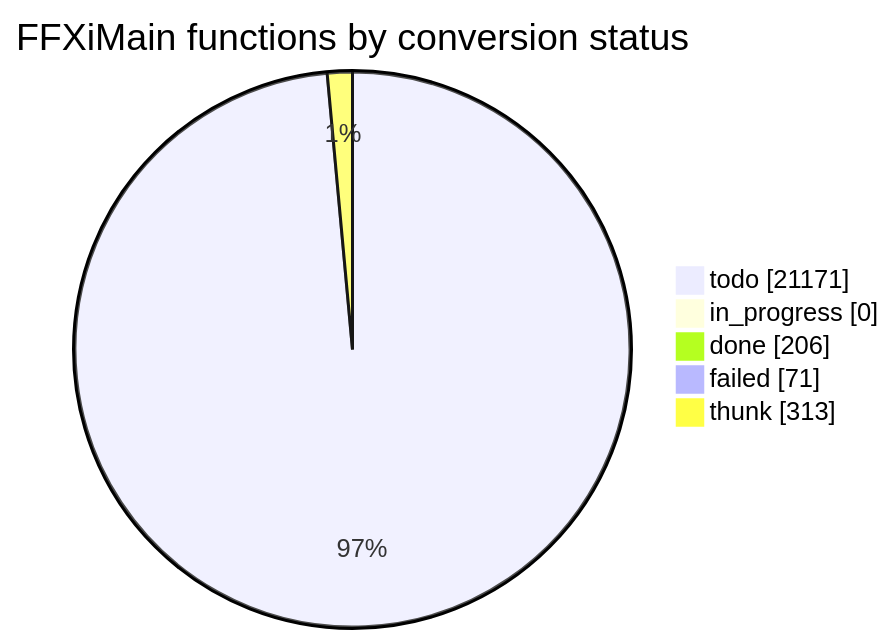
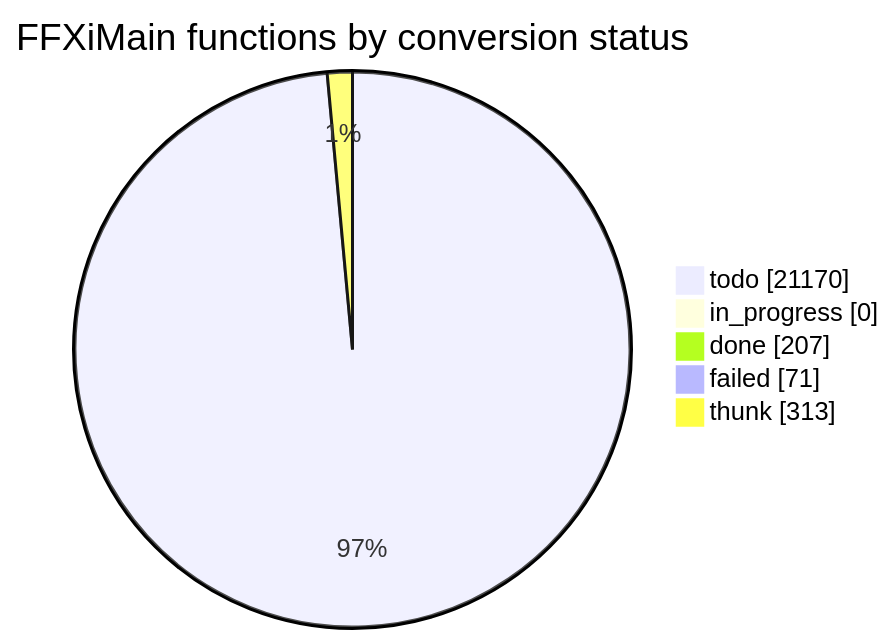
One commit to cowrevenge/cow_kuluu_xi_anything changed the diagram in docs/cow/STATUS.md. Above: the diagram before and after it, drawn with Mermaid. The commit also changed other lines of this file and 9 other files, not shown here.

````diff
--- a/docs/cow/STATUS.md
+++ b/docs/cow/STATUS.md
@@ -18,9 +18,9 @@
 ```mermaid
 pie showData
     title FFXiMain functions by conversion status
-    "todo" : 21171
+    "todo" : 21170
     "in_progress" : 0
-    "done" : 206
+    "done" : 207
     "failed" : 71
     "thunk" : 313
 ```
````
